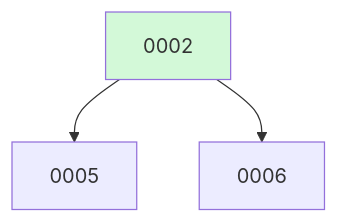
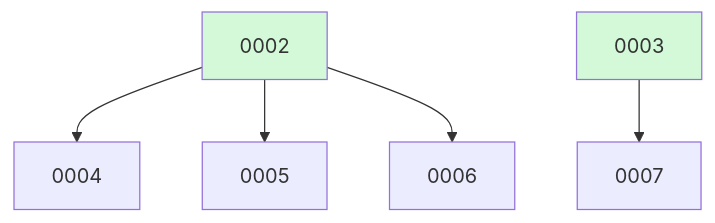
One commit to ethanhinson/fuse changed the diagram in docs/changes/BOARD.md. Above: the diagram before and after it, drawn with Mermaid. The commit also changed other lines of this file, not shown here.

````diff
--- a/docs/changes/BOARD.md
+++ b/docs/changes/BOARD.md
@@ -12,7 +19,10 @@
 ```mermaid
 graph TD
+  0002 --> 0004
   0002 --> 0005
   0002 --> 0006
+  0003 --> 0007
   0002:::done
+  0003:::done
   classDef done fill:#d3f9d8;
 ```
````
